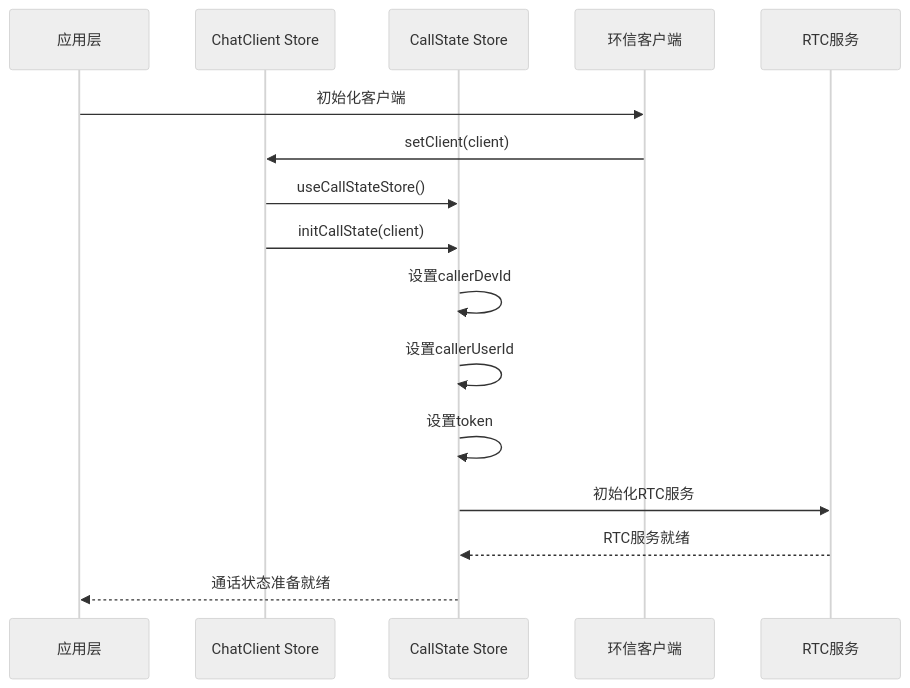
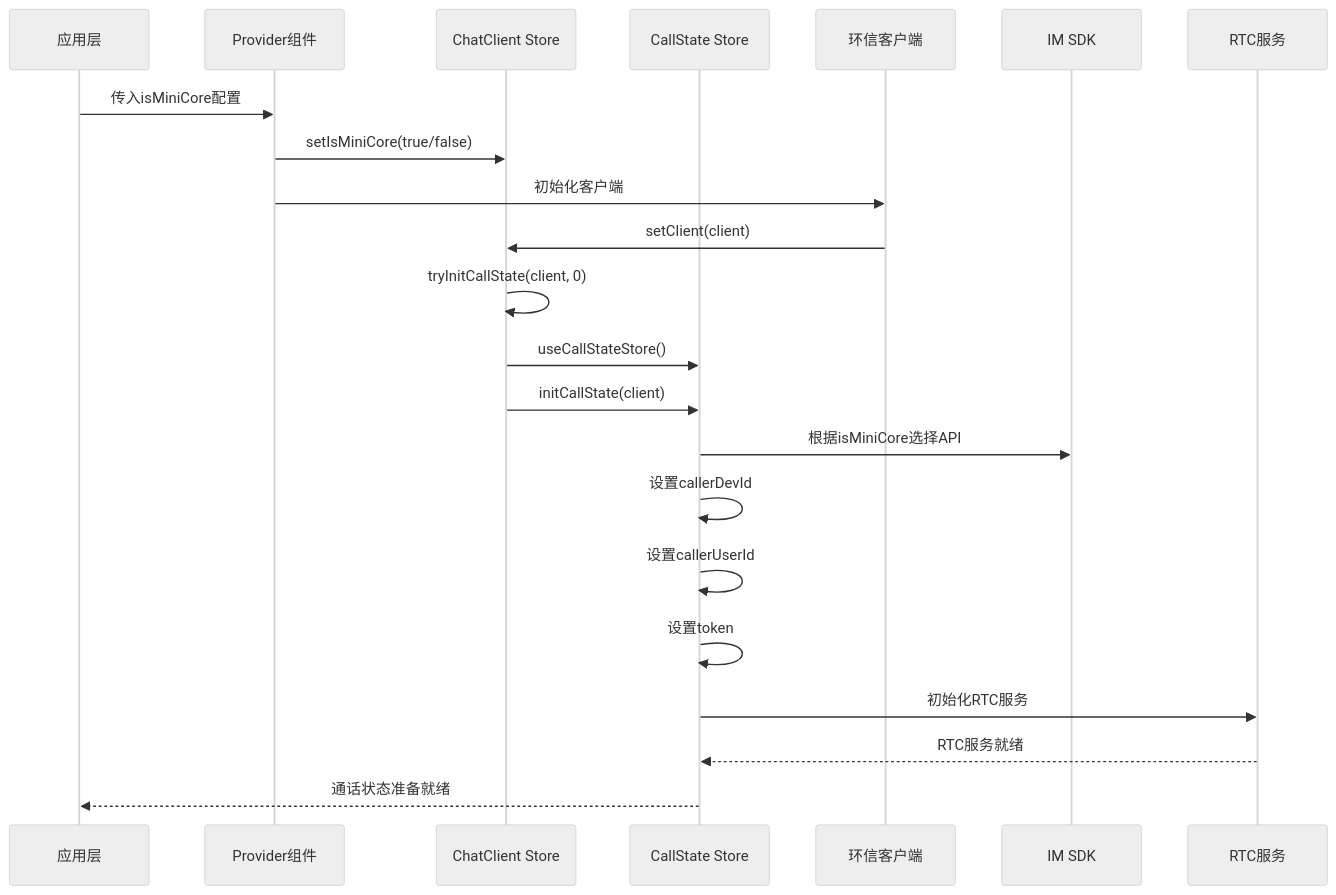
One commit to Easemob-Community/easemob-uikit-callkit-vue3 changed the third of 10 diagrams in .qoder/repowiki/zh/content/状态管理/ChatClient Store.md. Above: the diagram before and after it, drawn with Mermaid (neutral theme). The commit also changed other lines of this file and 58 other files, not shown here.

````diff
--- a/.qoder/repowiki/zh/content/状态管理/ChatClient Store.md
+++ b/.qoder/repowiki/zh/content/状态管理/ChatClient Store.md
@@ -134,18 +167,24 @@
 ```mermaid
 sequenceDiagram
 participant App as 应用层
+participant Provider as Provider组件
 participant ChatClient as ChatClient Store
 participant CallState as CallState Store
 participant IMClient as 环信客户端
+participant IMSDK as IM SDK
 participant RTC as RTC服务
-App->>IMClient : 初始化客户端
+App->>Provider : 传入isMiniCore配置
+Provider->>ChatClient : setIsMiniCore(true/false)
+Provider->>IMClient : 初始化客户端
 IMClient->>ChatClient : setClient(client)
+ChatClient->>ChatClient : tryInitCallState(client, 0)
 ChatClient->>CallState : useCallStateStore()
 ChatClient->>CallState : initCallState(client)
+CallState->>IMSDK : 根据isMiniCore选择API
 CallState->>CallState : 设置callerDevId
 CallState->>CallState : 设置callerUserId
 CallState->>CallState : 设置token
 CallState->>RTC : 初始化RTC服务
 RTC-->>CallState : RTC服务就绪
 CallState-->>App : 通话状态准备就绪
 ```
````
